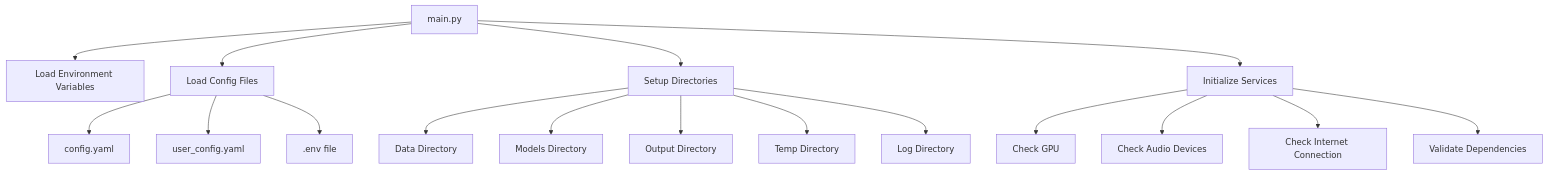
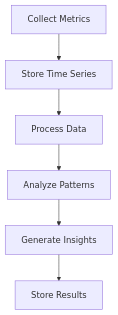
The first of 11 diagrams in docs/flows.md (yavuztopsever/disco-musica), drawn with Mermaid before and after one commit. The commit also changed other lines of this file and 87 other files, not shown here.

Commit message:
layer architecture implementation

````diff
--- a/docs/flows.md
+++ b/docs/flows.md
@@ -47,19 +30,8 @@
 ```mermaid
-flowchart TD
-    A[main.py] --> B[Load Environment Variables]
-    A --> C[Load Config Files]
-    C --> C1[config.yaml]
-    C --> C2[user_config.yaml]
-    C --> C3[.env file]
-    A --> D[Setup Directories]
-    D --> D1[Data Directory]
-    D --> D2[Models Directory]
-    D --> D3[Output Directory]
-    D --> D4[Temp Directory]
-    D --> D5[Log Directory]
-    A --> E[Initialize Services]
-    E --> E1[Check GPU]
-    E --> E2[Check Audio Devices]
-    E --> E3[Check Internet Connection]
-    E --> E4[Validate Dependencies]
+graph TD
+    A[Collect Metrics] --> B[Store Time Series]
+    B --> C[Process Data]
+    C --> D[Analyze Patterns]
+    D --> E[Generate Insights]
+    E --> F[Store Results]
 ```
````
